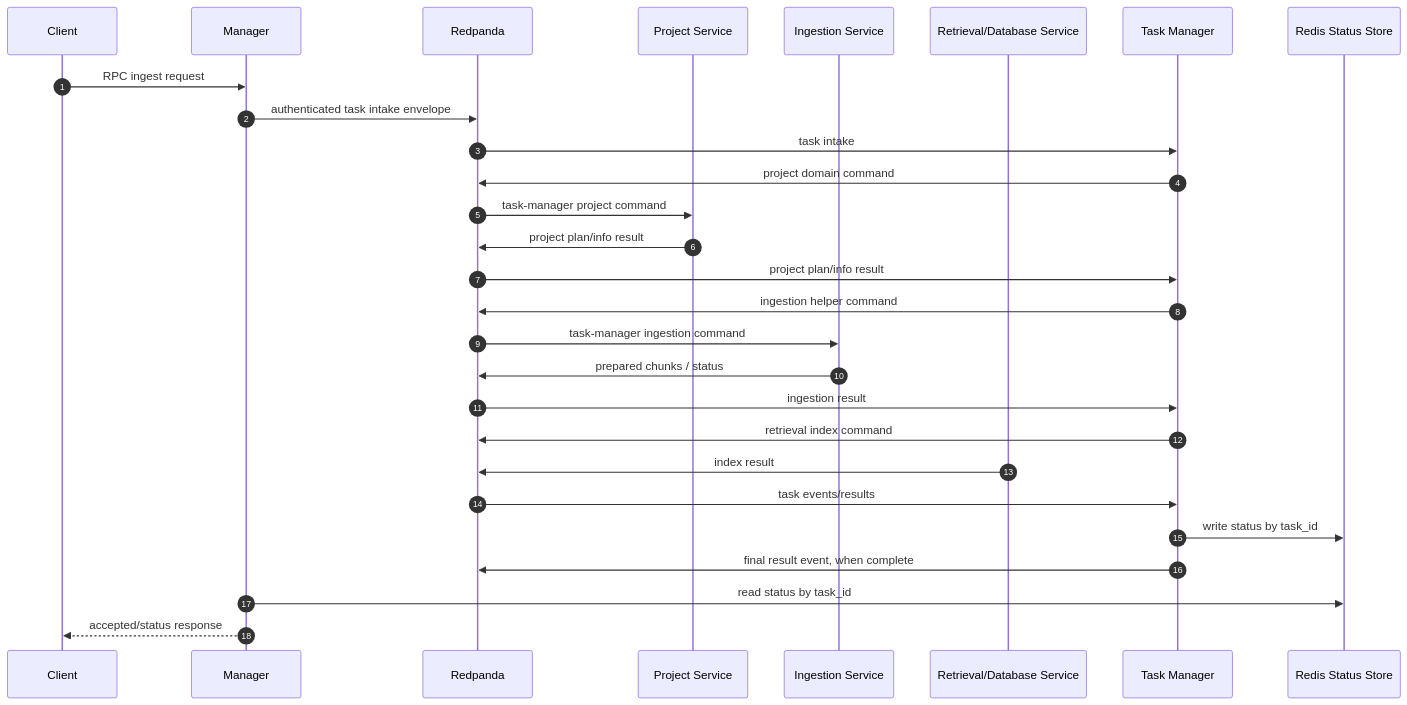
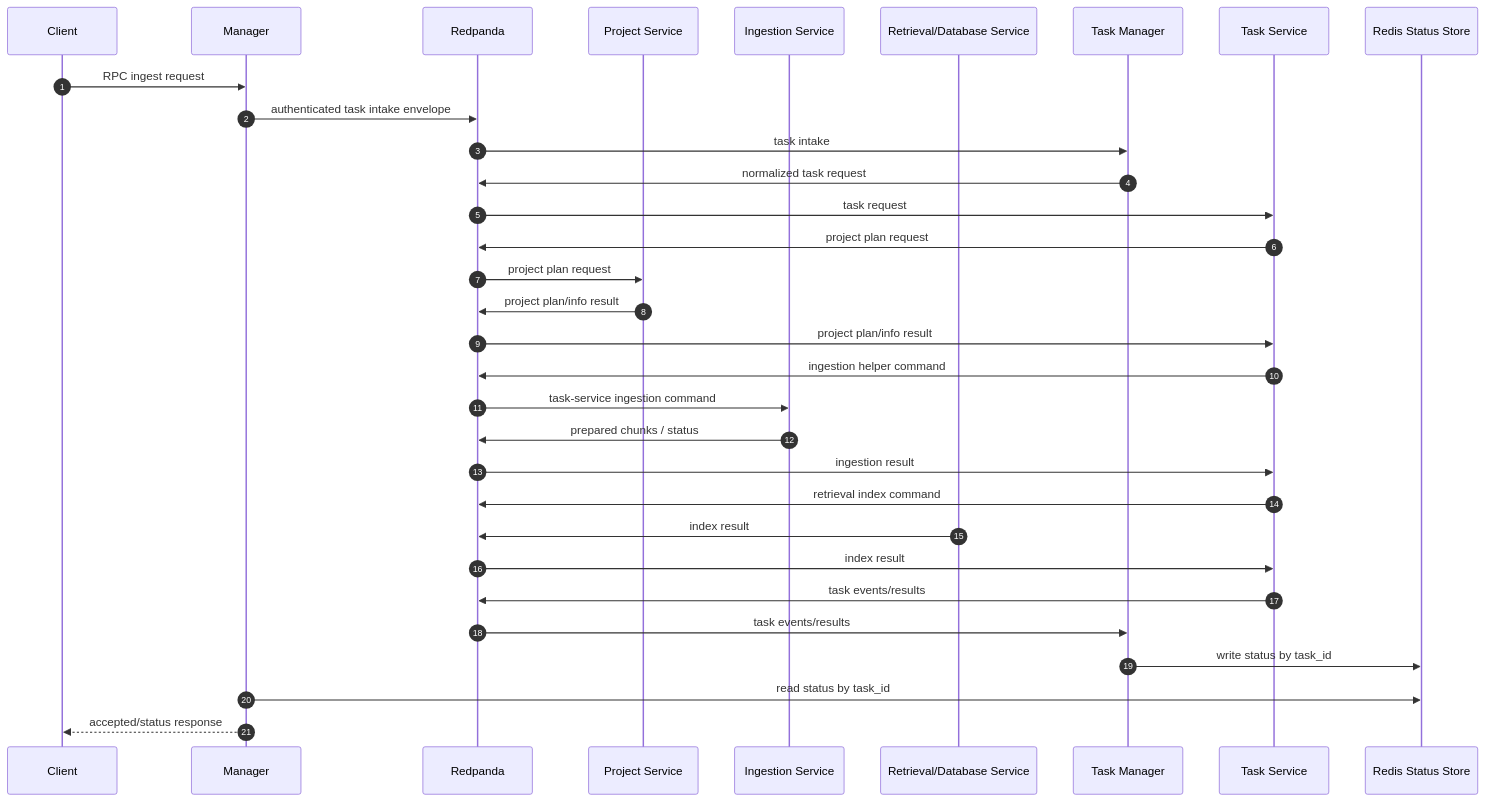
The second of 4 diagrams in README.md (bruuuuuceliu/qdrant_rag_server), drawn with Mermaid before and after one commit. The commit also changed other lines of this file and 324 other files, not shown here.

````diff
--- a/README.md
+++ b/README.md
@@ -83,31 +84,35 @@
 ```mermaid
 sequenceDiagram
     autonumber
     participant C as Client
     participant M as Manager
     participant B as Redpanda
     participant P as Project Service
     participant I as Ingestion Service
     participant R as Retrieval/Database Service
     participant T as Task Manager
+    participant TS as Task Service
     participant Redis as Redis Status Store
 
     C->>M: RPC ingest request
     M->>B: authenticated task intake envelope
     B->>T: task intake
-    T->>B: project domain command
-    B->>P: task-manager project command
+    T->>B: normalized task request
+    B->>TS: task request
+    TS->>B: project plan request
+    B->>P: project plan request
     P->>B: project plan/info result
-    B->>T: project plan/info result
-    T->>B: ingestion helper command
-    B->>I: task-manager ingestion command
+    B->>TS: project plan/info result
+    TS->>B: ingestion helper command
+    B->>I: task-service ingestion command
     I->>B: prepared chunks / status
-    B->>T: ingestion result
-    T->>B: retrieval index command
+    B->>TS: ingestion result
+    TS->>B: retrieval index command
     R->>B: index result
+    B->>TS: index result
+    TS->>B: task events/results
     B->>T: task events/results
     T->>Redis: write status by task_id
-    T->>B: final result event, when complete
     M->>Redis: read status by task_id
     M-->>C: accepted/status response
 ```
````
